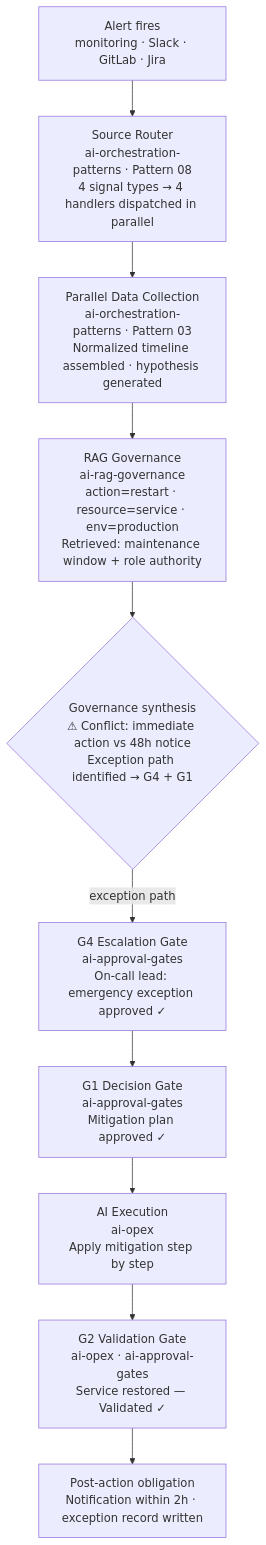
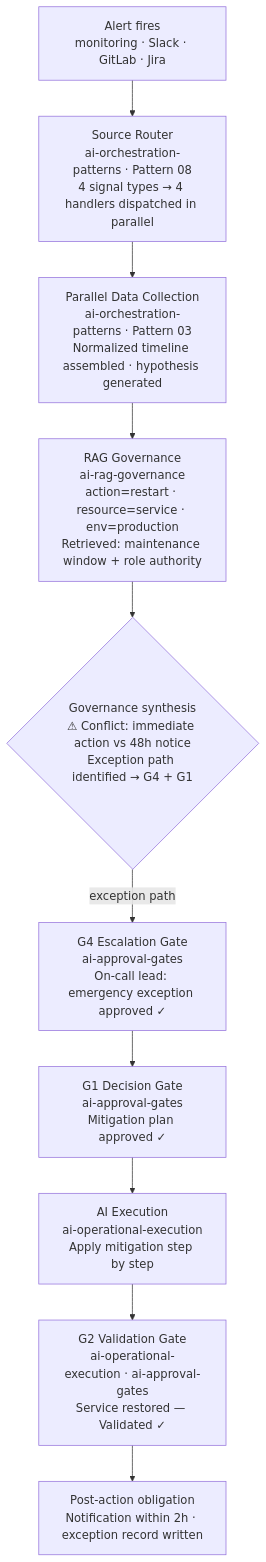
The first of 2 diagrams in docs/system-overview.md (dmitrij-petrov/ai-infra-workflows), drawn with Mermaid before and after one commit. The commit also changed other lines of this file and 3 other files, not shown here.

Commit message:
chore: rename ai-opex → ai-operational-execution in cross-repo references

````diff
--- a/docs/system-overview.md
+++ b/docs/system-overview.md
@@ -79,15 +79,15 @@
 ```mermaid
 flowchart TD
     A["Alert fires<br/>monitoring · Slack · GitLab · Jira"]
     B["Source Router<br/>ai-orchestration-patterns · Pattern 08<br/>4 signal types → 4 handlers dispatched in parallel"]
     C["Parallel Data Collection<br/>ai-orchestration-patterns · Pattern 03<br/>Normalized timeline assembled · hypothesis generated"]
     D["RAG Governance<br/>ai-rag-governance<br/>action=restart · resource=service · env=production<br/>Retrieved: maintenance window + role authority"]
     E{"Governance synthesis<br/>⚠ Conflict: immediate action vs 48h notice<br/>Exception path identified → G4 + G1"}
     F["G4 Escalation Gate<br/>ai-approval-gates<br/>On-call lead: emergency exception approved ✓"]
     G["G1 Decision Gate<br/>ai-approval-gates<br/>Mitigation plan approved ✓"]
-    H["AI Execution<br/>ai-opex<br/>Apply mitigation step by step"]
-    I["G2 Validation Gate<br/>ai-opex · ai-approval-gates<br/>Service restored — Validated ✓"]
+    H["AI Execution<br/>ai-operational-execution<br/>Apply mitigation step by step"]
+    I["G2 Validation Gate<br/>ai-operational-execution · ai-approval-gates<br/>Service restored — Validated ✓"]
     J["Post-action obligation<br/>Notification within 2h · exception record written"]
 
     A --> B --> C --> D --> E -->|exception path| F --> G --> H --> I --> J
 ```
````
